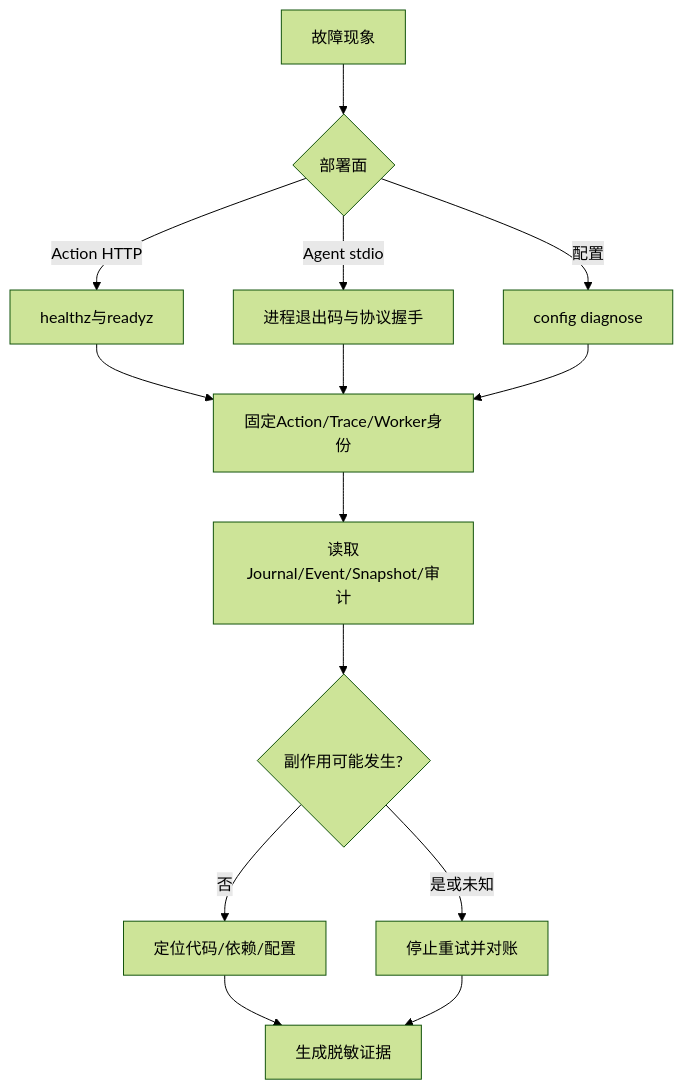
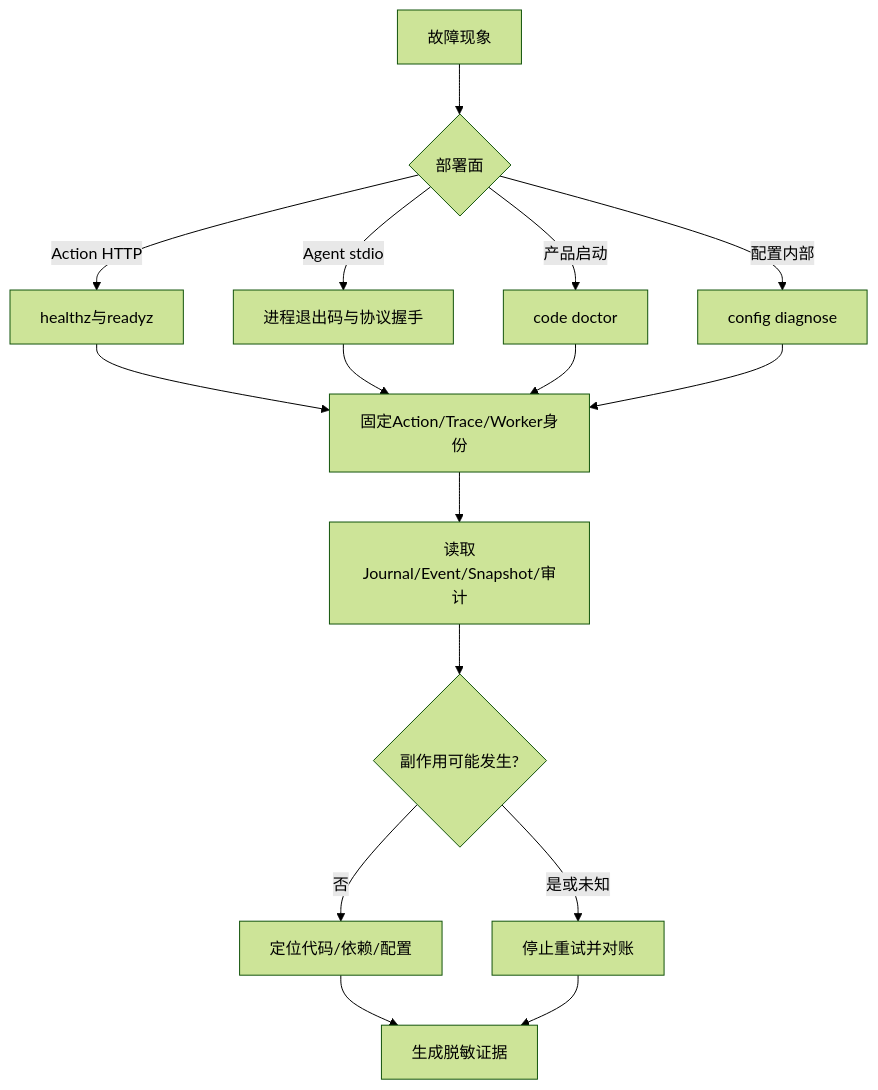
One commit to carrie1988/Harnessix changed the diagram in docs/operations/diagnostics.md. Above: the diagram before and after it, drawn with Mermaid (forest theme). The commit also changed other lines of this file and 18 other files, not shown here.

````diff
--- a/docs/operations/diagnostics.md
+++ b/docs/operations/diagnostics.md
@@ -40,16 +43,18 @@
 ```mermaid
 flowchart TD
     Symptom[故障现象] --> Surface{部署面}
     Surface -- Action HTTP --> Live[healthz与readyz]
     Surface -- Agent stdio --> Process[进程退出码与协议握手]
-    Surface -- 配置 --> Config[config diagnose]
+    Surface -- 产品启动 --> Preflight[code doctor]
+    Surface -- 配置内部 --> Config[config diagnose]
     Live --> Identity[固定Action/Trace/Worker身份]
     Process --> Identity
+    Preflight --> Identity
     Config --> Identity
     Identity --> Durable[读取Journal/Event/Snapshot/审计]
     Durable --> Effect{副作用可能发生?}
     Effect -- 否 --> Root[定位代码/依赖/配置]
     Effect -- 是或未知 --> Reconcile[停止重试并对账]
     Root --> Evidence[生成脱敏证据]
     Reconcile --> Evidence
 ```
````
